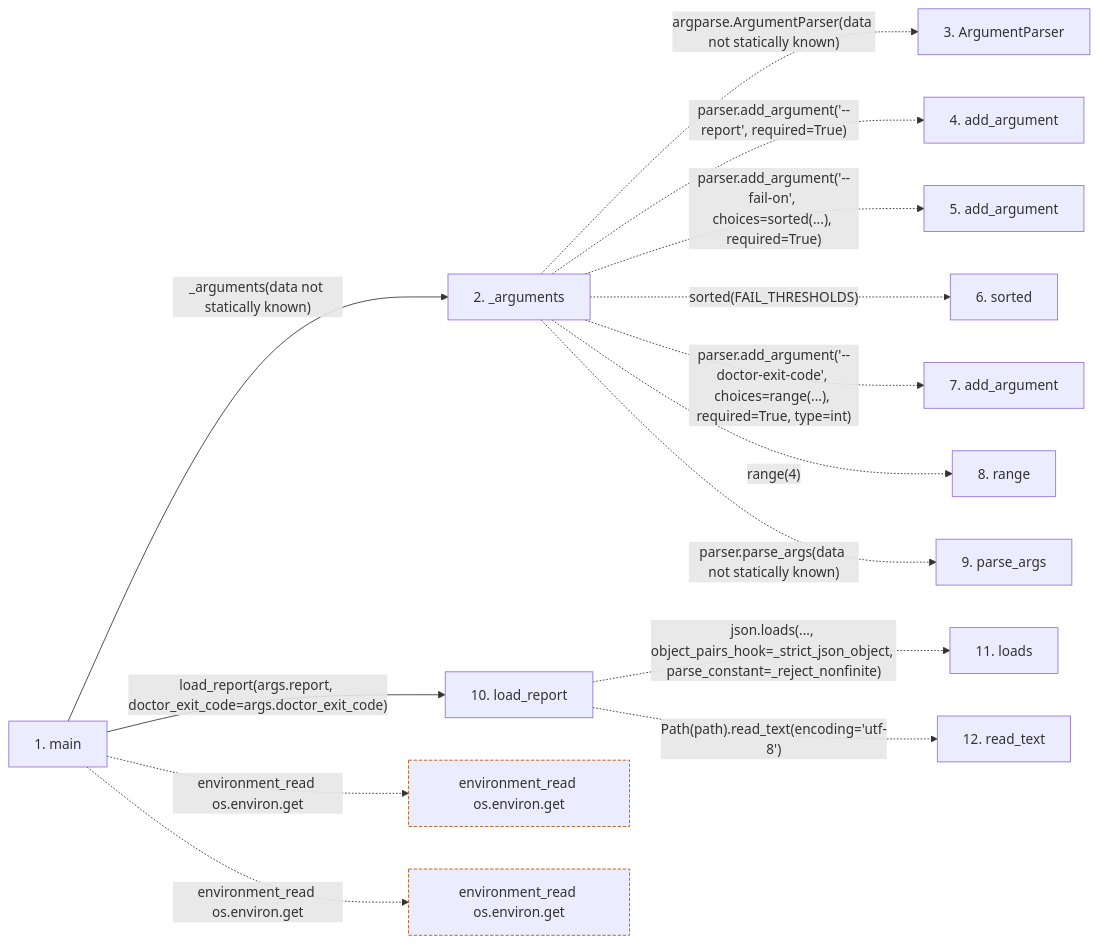
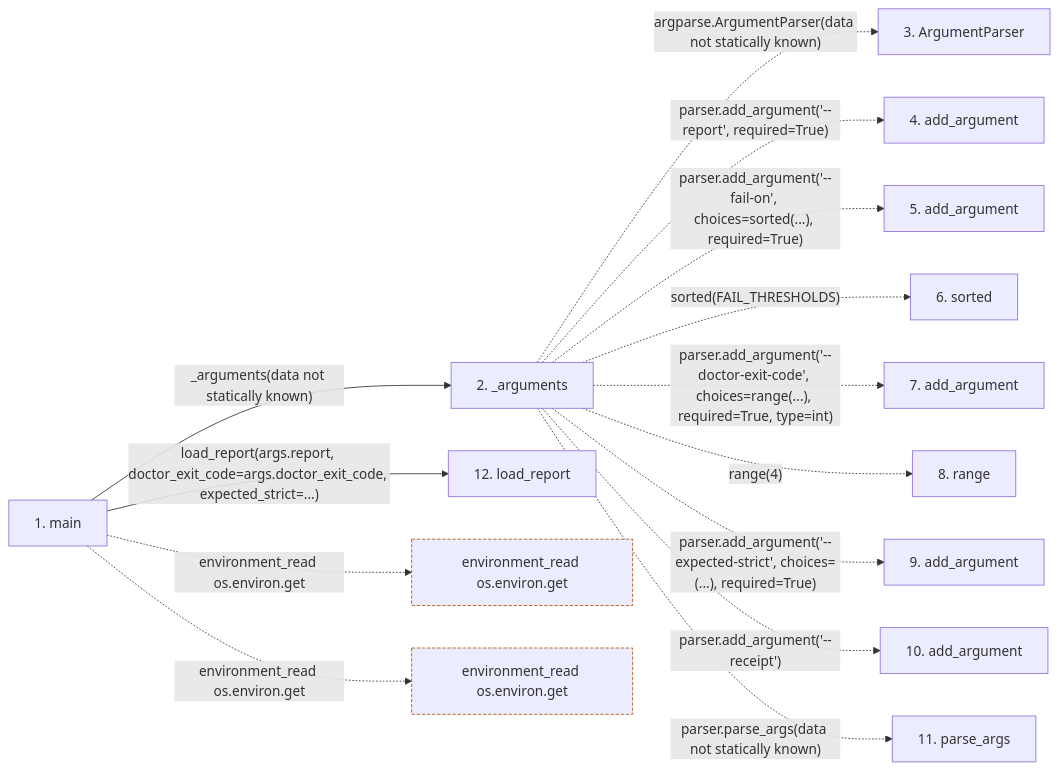
One commit to Denissvgn/python-wiki-llm changed the second of 2 diagrams in docs/llm_wiki/flows/process-render_summary.md. Above: the diagram before and after it, drawn with Mermaid. The commit also changed other lines of this file and 33 other files, not shown here.

````diff
--- a/docs/llm_wiki/flows/process-render_summary.md
+++ b/docs/llm_wiki/flows/process-render_summary.md
@@ -69,36 +73,36 @@
 ```mermaid
 flowchart LR
     s1["1. main"]
     s2["2. _arguments"]
     s3["3. ArgumentParser"]
     s4["4. add_argument"]
     s5["5. add_argument"]
     s6["6. sorted"]
     s7["7. add_argument"]
     s8["8. range"]
-    s9["9. parse_args"]
-    s10["10. load_report"]
-    s11["11. loads"]
-    s12["12. read_text"]
+    s9["9. add_argument"]
+    s10["10. add_argument"]
+    s11["11. parse_args"]
+    s12["12. load_report"]
     s1 -->|"_arguments(data not statically known)"| s2
     s2 -. "argparse.ArgumentParser(data not statically known)" .-> s3
     s2 -. "parser.add_argument('--report', required=True)" .-> s4
     s2 -. "parser.add_argument('--fail-on', choices=sorted(...), required=True)" .-> s5
     s2 -. "sorted(FAIL_THRESHOLDS)" .-> s6
     s2 -. "parser.add_argument('--doctor-exit-code', choices=range(...), required=True, type=int)" .-> s7
     s2 -. "range(4)" .-> s8
-    s2 -. "parser.parse_args(data not statically known)" .-> s9
-    s1 -->|"load_report(args.report, doctor_exit_code=args.doctor_exit_code)"| s10
-    s10 -. "json.loads(..., object_pairs_hook=_strict_json_object, parse_constant=_reject_nonfinite)" .-> s11
-    s10 -. "Path(path).read_text(encoding='utf-8')" .-> s12
+    s2 -. "parser.add_argument('--expected-strict', choices=(...), required=True)" .-> s9
+    s2 -. "parser.add_argument('--receipt')" .-> s10
+    s2 -. "parser.parse_args(data not statically known)" .-> s11
+    s1 -->|"load_report(args.report, doctor_exit_code=args.doctor_exit_code, expected_strict=...)"| s12
     b0["environment_read os.environ.get"]
     s1 -. "environment_read os.environ.get" .-> b0
     b1["environment_read os.environ.get"]
     s1 -. "environment_read os.environ.get" .-> b1
     click s1 "../modules/render_summary.md"
     click s2 "../modules/render_summary.md"
-    click s10 "../modules/render_summary.md"
+    click s12 "../modules/render_summary.md"
     classDef boundary stroke:#b45309,stroke-dasharray: 4 2
     class b0 boundary
     class b1 boundary
 ```
````
